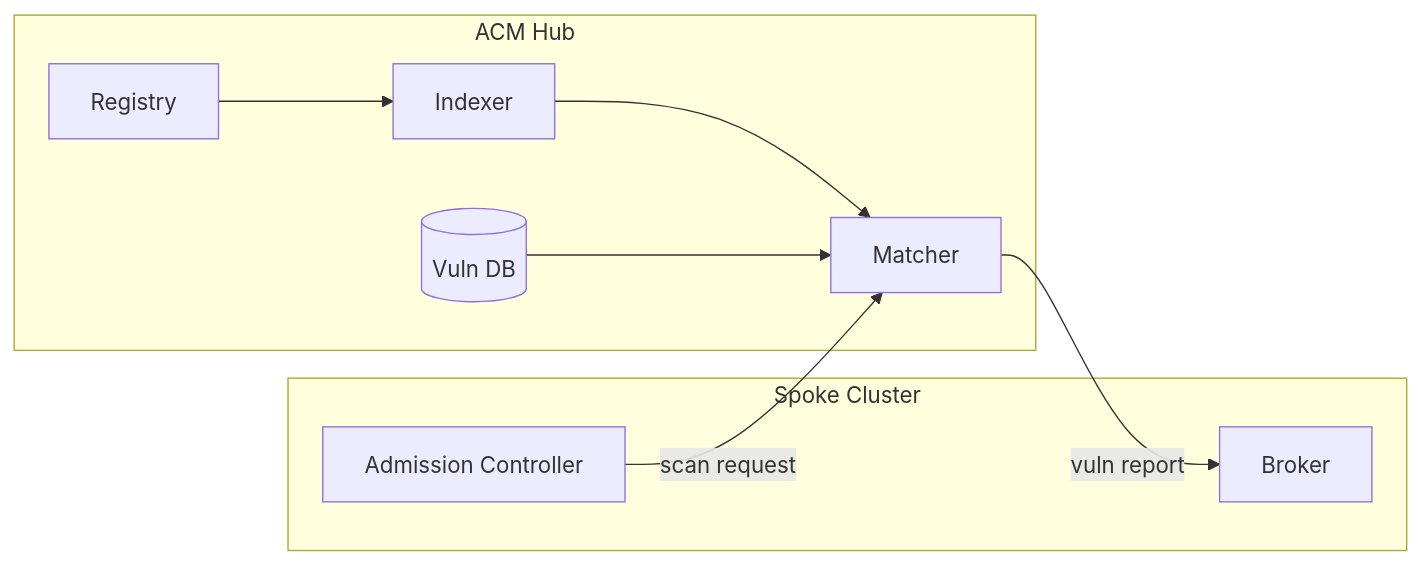
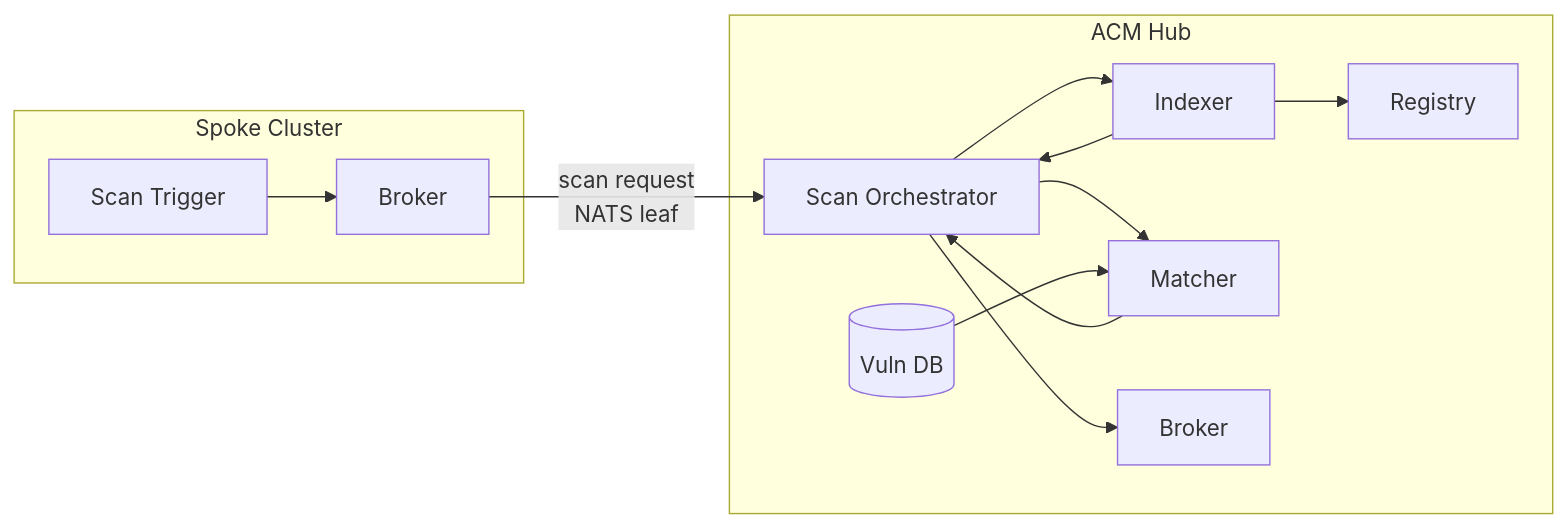
The fourth of 4 diagrams in docs/architecture/components/scanner.md (kylape/acs-next), drawn with Mermaid before and after one commit. The commit also changed other lines of this file and 7 other files, not shown here.

````diff
--- a/docs/architecture/components/scanner.md
+++ b/docs/architecture/components/scanner.md
@@ -92,15 +111,19 @@
 ```mermaid
 graph LR
     subgraph spoke["Spoke Cluster"]
-        AC[Admission Controller]
-        Broker
+        Trigger[Scan Trigger] --> Broker
     end
 
     subgraph hub["ACM Hub"]
-        Registry --> Indexer --> Matcher
+        Orch[Scan Orchestrator]
+        Orch --> Indexer
+        Indexer --> Registry[Registry]
+        Indexer --> Orch
+        Orch --> Matcher
+        Matcher --> Orch
         VulnDB[(Vuln DB)] --> Matcher
+        Orch --> HubBroker[Broker]
     end
 
-    AC -->|scan request| Matcher
-    Matcher -->|vuln report| Broker
+    Broker -->|scan request<br/>NATS leaf| Orch
 ```
````
